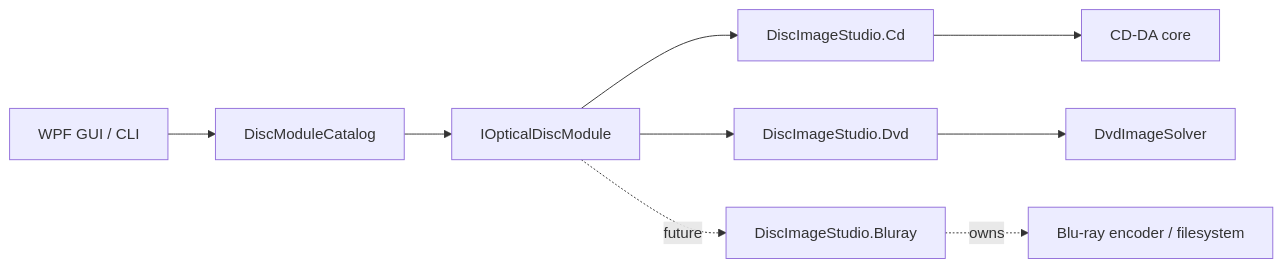
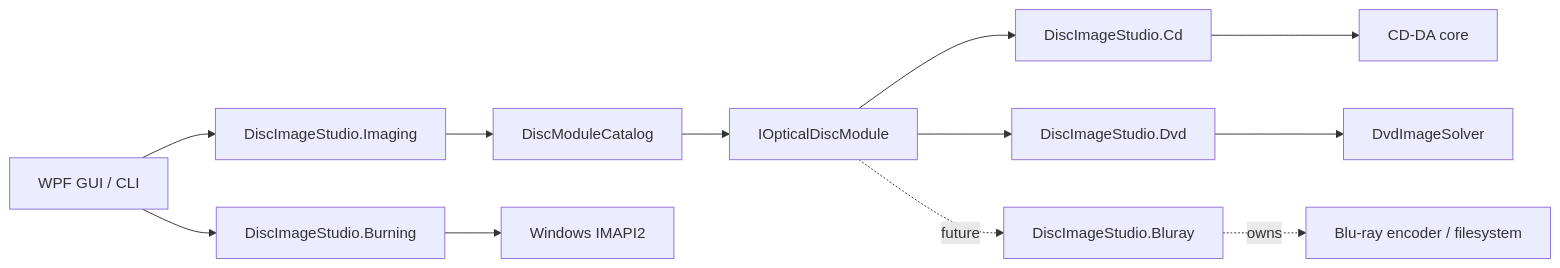
Before and after one commit to Catho168/DiscImageStudio: the diagram in docs/ARCHITECTURE.md, drawn with Mermaid. The commit also changed other lines of this file and 26 other files, not shown here.

````diff
--- a/docs/ARCHITECTURE.md
+++ b/docs/ARCHITECTURE.md
@@ -7,11 +7,14 @@
 ```mermaid
 flowchart LR
-    GUI[WPF GUI / CLI] --> Catalog[DiscModuleCatalog]
+    GUI[WPF GUI / CLI] --> Imaging[DiscImageStudio.Imaging]
+    Imaging --> Catalog[DiscModuleCatalog]
+    GUI --> Burning[DiscImageStudio.Burning]
+    Burning --> IMAPI[Windows IMAPI2]
     Catalog --> Contract[IOpticalDiscModule]
     Contract --> CD[DiscImageStudio.Cd]
     Contract --> DVD[DiscImageStudio.Dvd]
     Contract -. future .-> BD[DiscImageStudio.Bluray]
     DVD --> Engine[DvdImageSolver]
     CD --> CdEngine[CD-DA core]
     BD -. owns .-> BdEngine[Blu-ray encoder / filesystem]
 ```
````
